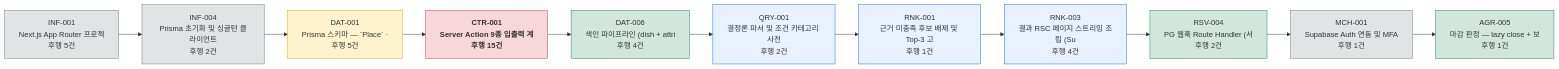
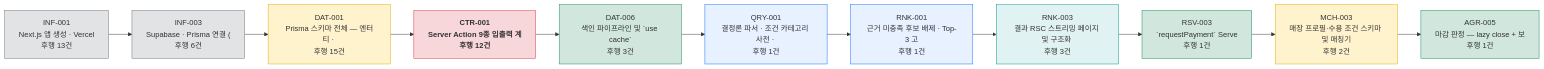
Before and after one commit to wild-mental/ai-place-mate-prd-to-srs: the diagram in docs/[태스크 리스트] AI-Place-Mate.md, drawn with Mermaid. The commit also changed other lines of this file and 8 other files, not shown here.

````diff
--- a/docs/[태스크 리스트] AI-Place-Mate.md
+++ b/docs/[태스크 리스트] AI-Place-Mate.md
@@ -308,32 +249,33 @@
 ```mermaid
 flowchart LR
-    INF001["INF-001<br/>Next.js App Router 프로젝<br/>후행 5건"]:::inf
-    INF004["INF-004<br/>Prisma 초기화 및 싱글턴 클라이언트<br/>후행 2건"]:::inf
-    DAT001["DAT-001<br/>Prisma 스키마 — `Place` ·<br/>후행 5건"]:::dat
-    CTR001["CTR-001<br/>Server Action 9종 입출력 계<br/>후행 15건"]:::ctr
-    DAT006["DAT-006<br/>색인 파이프라인 (dish + attri<br/>후행 4건"]:::wr
-    QRY001["QRY-001<br/>결정론 파서 및 조건 카테고리 사전<br/>후행 2건"]:::rd
-    RNK001["RNK-001<br/>근거 미충족 후보 배제 및 Top-3 고<br/>후행 1건"]:::rd
-    RNK003["RNK-003<br/>결과 RSC 페이지 스트리밍 조립 (Su<br/>후행 4건"]:::rd
-    RSV004["RSV-004<br/>PG 웹훅 Route Handler (서<br/>후행 2건"]:::wr
-    MCH001["MCH-001<br/>Supabase Auth 연동 및 MFA<br/>후행 1건"]:::inf
+    INF001["INF-001<br/>Next.js 앱 생성 · Vercel <br/>후행 13건"]:::inf
+    INF003["INF-003<br/>Supabase · Prisma 연결 (<br/>후행 6건"]:::inf
+    DAT001["DAT-001<br/>Prisma 스키마 전체 — 엔터티 · <br/>후행 15건"]:::dat
+    CTR001["CTR-001<br/>Server Action 9종 입출력 계<br/>후행 12건"]:::ctr
+    DAT006["DAT-006<br/>색인 파이프라인 및 `use cache`<br/>후행 3건"]:::wr
+    QRY001["QRY-001<br/>결정론 파서 · 조건 카테고리 사전 · <br/>후행 1건"]:::rd
+    RNK001["RNK-001<br/>근거 미충족 후보 배제 · Top-3 고<br/>후행 1건"]:::rd
+    RNK003["RNK-003<br/>결과 RSC 스트리밍 페이지 및 구조화 <br/>후행 3건"]:::ui
+    RSV003["RSV-003<br/>`requestPayment` Serve<br/>후행 1건"]:::wr
+    MCH003["MCH-003<br/>매장 프로필·수용 조건 스키마 및 매칭기<br/>후행 2건"]:::dat
     AGR005["AGR-005<br/>마감 판정 — lazy close + 보<br/>후행 1건"]:::wr
-    INF001 --> INF004
-    INF004 --> DAT001
+    INF001 --> INF003
+    INF003 --> DAT001
     DAT001 --> CTR001
     CTR001 --> DAT006
     DAT006 --> QRY001
     QRY001 --> RNK001
     RNK001 --> RNK003
-    RNK003 --> RSV004
-    RSV004 --> MCH001
-    MCH001 --> AGR005
+    RNK003 --> RSV003
+    RSV003 --> MCH003
+    MCH003 --> AGR005
     classDef ctr fill:#f8d7da,stroke:#dc3545,font-weight:bold
     classDef dat fill:#fff3cd,stroke:#e0a800
     classDef inf fill:#e2e3e5,stroke:#6c757d
     classDef rd fill:#e7f1ff,stroke:#0d6efd
     classDef wr fill:#d1e7dd,stroke:#198754
     classDef tst fill:#ede7f6,stroke:#7e57c2
     classDef nfr fill:#cff4fc,stroke:#0dcaf0
     classDef dsg fill:#fce4ec,stroke:#ec407a
+    classDef ui fill:#e0f2f1,stroke:#009688
 ```
````
